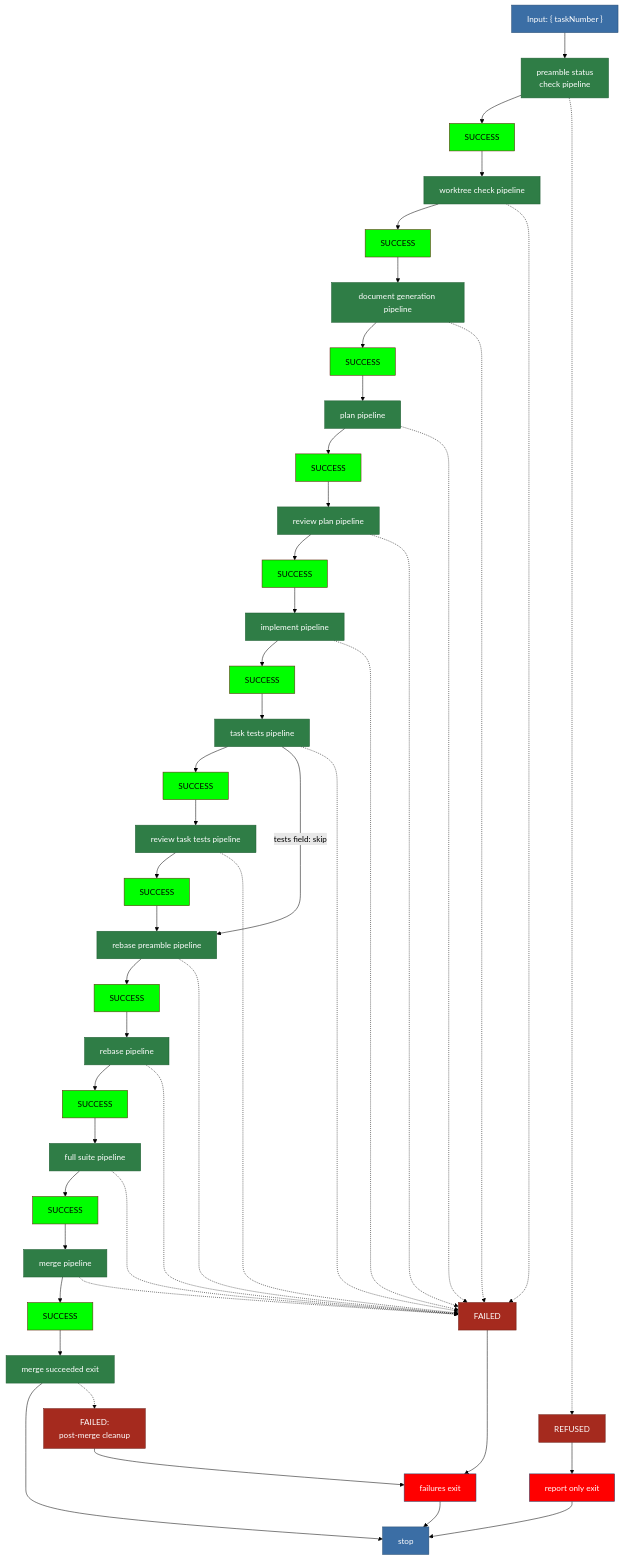
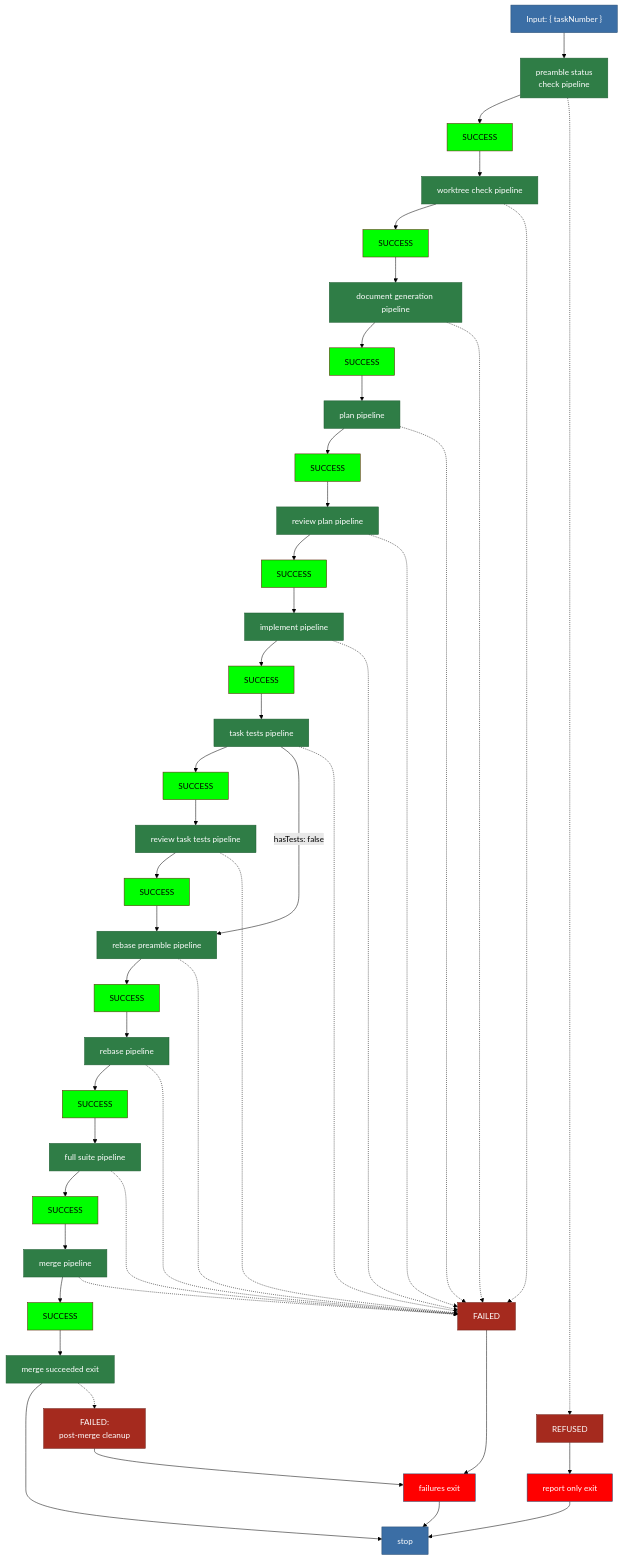
One commit to matkatmusic/taskTools changed the diagram in plans/diagram/_pipeline.mmd. Above: the diagram before and after it, drawn with Mermaid (forest theme). The commit also changed 23 other files, not shown here.

```diff
--- a/plans/diagram/_pipeline.mmd
+++ b/plans/diagram/_pipeline.mmd
@@ -1,86 +1,86 @@
 flowchart TB
 %% OVERVIEW. One diagram file per pipeline, named pipeline-<blockName>.mmd.
 %% ---
 %% REFUSED covers invalid-number, blocked, already-active, and run-failed before the task is active.
 %% ---
 %% A post-merge cleanup failure can still fail the run after merge succeeds.
 %% ---
 %% Master exit-type list, one per path that reaches [stop]:
 %% ---
 %%   completed            - archived to completedTasks.json. FINAL.
 %% ---
 %%   invalid-number       - not in tasks.json, completedTasks.json not consulted
 %% ---
 %%   already-active       - a previous run left the task active
 %% ---
 %%   blocked              - an open blocker remains
 %% ---
 %%   not-resumable        - a safe worktree holds work no run recorded a stopping point for
 %% ---
 %%   plan-scrapped        - codex did not accept the plan in two reviews
 %% ---
 %%   clarify-stuck        - the planner asked twice for what the docs cannot supply
 %% ---
 %%   tests-red            - task tests still failing after 2 fix attempts
 %% ---
 %%   tests-flagged        - codex flagged the tests twice
 %% ---
 %%   rebase-stuck         - the rebase did not advance after 2 conflict fixes
 %% ---
 %%   suite-red            - full suite still red after 2 fix attempts
 %% ---
 %%   fence-violation      - a change edited files the task does not own
 %% ---
 %%   merge-failed         - nothing landed after 2 attempts
 %% ---
 %%   agent-failed         - an agent returned nothing usable
 %% ---
 %%   partially-published  - some layers landed, some did not. RECOVERY ONLY.
 %% ---
 %%   run-failed           - a script failed operationally, can leave ANY green box
 %% ---
 %% cleanup-incomplete is a repair flag, not an exit type; see the failures exit.
 
   TASK_NUMBER_INPUT["Input: { taskNumber }"] --> PREAMBLE_PIPELINE["preamble status<br/>check pipeline"]
   PREAMBLE_PIPELINE --> PREAMBLE_SUCCESS["SUCCESS"] --> WORKTREE_CHECK_PIPELINE["worktree check pipeline"]
   WORKTREE_CHECK_PIPELINE --> WORKTREE_CHECK_SUCCESS["SUCCESS"] --> DOCUMENT_GENERATION_PIPELINE["document generation pipeline"]
   DOCUMENT_GENERATION_PIPELINE --> DOCUMENT_GENERATION_SUCCESS["SUCCESS"] --> PLAN_PIPELINE["plan pipeline"]
   PLAN_PIPELINE --> PLAN_SUCCESS["SUCCESS"] --> REVIEW_PLAN_PIPELINE["review plan pipeline"]
   REVIEW_PLAN_PIPELINE --> REVIEW_PLAN_SUCCESS["SUCCESS"] --> IMPLEMENT_PIPELINE["implement pipeline"]
   IMPLEMENT_PIPELINE --> IMPLEMENT_SUCCESS["SUCCESS"] --> TASK_TESTS_PIPELINE["task tests pipeline"]
   TASK_TESTS_PIPELINE --> TASK_TESTS_SUCCESS["SUCCESS"] --> REVIEW_TESTS_PIPELINE["review task tests pipeline"]
   REVIEW_TESTS_PIPELINE --> REVIEW_TESTS_SUCCESS["SUCCESS"] --> REBASE_PREAMBLE_PIPELINE["rebase preamble pipeline"]
-  TASK_TESTS_PIPELINE -- "tests field: skip" --> REBASE_PREAMBLE_PIPELINE
+  TASK_TESTS_PIPELINE -- "hasTests: false" --> REBASE_PREAMBLE_PIPELINE
   REBASE_PREAMBLE_PIPELINE --> REBASE_PREAMBLE_SUCCESS["SUCCESS"] --> REBASE_PIPELINE["rebase pipeline"]
   REBASE_PIPELINE --> REBASE_SUCCESS["SUCCESS"] --> SUITE_PIPELINE["full suite pipeline"]
   SUITE_PIPELINE --> SUITE_SUCCESS["SUCCESS"] --> MERGE_PIPELINE["merge pipeline"]
   MERGE_PIPELINE --> MERGE_SUCCESS["SUCCESS"] --> EXIT_WORKFLOW_SUCCESS["merge succeeded exit"]
   EXIT_WORKFLOW_SUCCESS --> STOP["stop"]
 
   PREAMBLE_PIPELINE -.-> PREAMBLE_REFUSED["REFUSED"] --> EXIT_WORKFLOW_REPORT_ONLY["report only exit"]
   EXIT_WORKFLOW_REPORT_ONLY --> STOP
   WORKTREE_CHECK_PIPELINE -.-> FAILED
   DOCUMENT_GENERATION_PIPELINE -.-> FAILED
   PLAN_PIPELINE -.-> FAILED
   REVIEW_PLAN_PIPELINE -.-> FAILED
   IMPLEMENT_PIPELINE -.-> FAILED
   TASK_TESTS_PIPELINE -.-> FAILED
   REVIEW_TESTS_PIPELINE -.-> FAILED
   REBASE_PREAMBLE_PIPELINE -.-> FAILED
   REBASE_PIPELINE -.-> FAILED
   SUITE_PIPELINE -.-> FAILED
   MERGE_PIPELINE -.-> FAILED
   FAILED["FAILED"] --> EXIT_WORKFLOW_FAILURE["failures exit"]
   EXIT_WORKFLOW_SUCCESS -.-> CLEANUP_FAIL["FAILED:<br/>post-merge cleanup"] --> EXIT_WORKFLOW_FAILURE
   EXIT_WORKFLOW_FAILURE --> STOP
 
   classDef pipeline fill:#2f7d46,stroke:#1e5c31,color:#ffffff
   classDef output fill:#3b6ea5,stroke:#254a70,color:#ffffff
   classDef fail fill:red,stroke:#254a70,color:#ffffff
   classDef nopass fill:#a52a1e,stroke:#6d1a12,color:#ffffff
   classDef pass fill:#00ff00,stroke:#6d1a12,color:#000000
   class PREAMBLE_PIPELINE,PLAN_PIPELINE,REVIEW_PLAN_PIPELINE,IMPLEMENT_PIPELINE,TASK_TESTS_PIPELINE,REVIEW_TESTS_PIPELINE,REBASE_PREAMBLE_PIPELINE,REBASE_PIPELINE,SUITE_PIPELINE,MERGE_PIPELINE,WORKTREE_CHECK_PIPELINE,DOCUMENT_GENERATION_PIPELINE,EXIT_WORKFLOW_SUCCESS pipeline
   class PREAMBLE_SUCCESS,PLAN_SUCCESS,REVIEW_PLAN_SUCCESS,IMPLEMENT_SUCCESS,TASK_TESTS_SUCCESS,REVIEW_TESTS_SUCCESS,REBASE_PREAMBLE_SUCCESS,REBASE_SUCCESS,SUITE_SUCCESS,MERGE_SUCCESS,WORKTREE_CHECK_SUCCESS,DOCUMENT_GENERATION_SUCCESS pass
   class FAILED,CLEANUP_FAIL,PREAMBLE_REFUSED nopass
   class EXIT_WORKFLOW_FAILURE,EXIT_WORKFLOW_REPORT_ONLY fail
   class TASK_NUMBER_INPUT,STOP output
```
